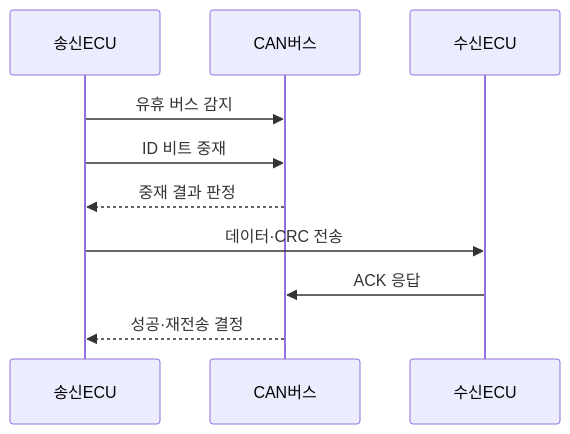
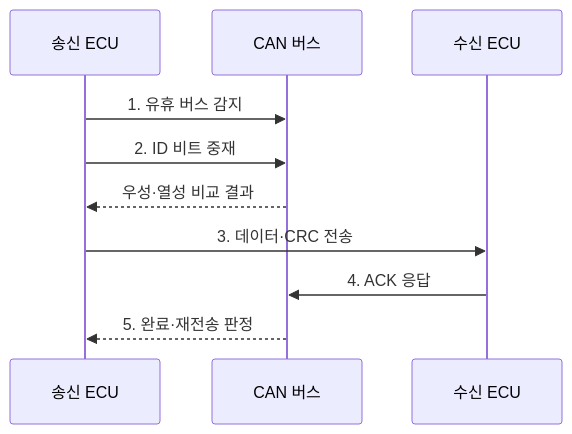
The second of 2 diagrams in src/content/docs/notes/04-network/081_can_bus.md (agnusdei1207/knowledge-base), drawn with Mermaid before and after one commit. The commit also changed other lines of this file and 11 other files, not shown here.

````diff
--- a/src/content/docs/notes/04-network/081_can_bus.md
+++ b/src/content/docs/notes/04-network/081_can_bus.md
@@ -81,12 +79,12 @@
 ```mermaid
 sequenceDiagram
-    participant 송신ECU
-    participant CAN버스
-    participant 수신ECU
-    송신ECU->>CAN버스: 유휴 버스 감지
-    송신ECU->>CAN버스: ID 비트 중재
-    CAN버스-->>송신ECU: 중재 결과 판정
-    송신ECU->>수신ECU: 데이터·CRC 전송
-    수신ECU->>CAN버스: ACK 응답
-    CAN버스-->>송신ECU: 성공·재전송 결정
+    participant T as 송신 ECU
+    participant B as CAN 버스
+    participant R as 수신 ECU
+    T->>B: 1. 유휴 버스 감지
+    T->>B: 2. ID 비트 중재
+    B-->>T: 우성·열성 비교 결과
+    T->>R: 3. 데이터·CRC 전송
+    R->>B: 4. ACK 응답
+    B-->>T: 5. 완료·재전송 판정
 ```
````
